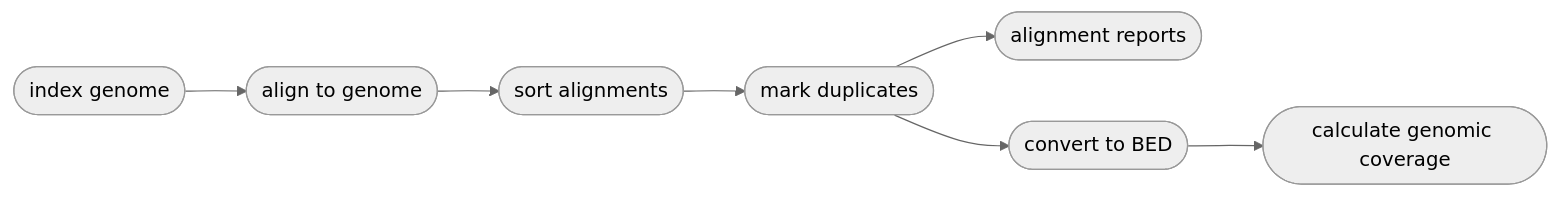
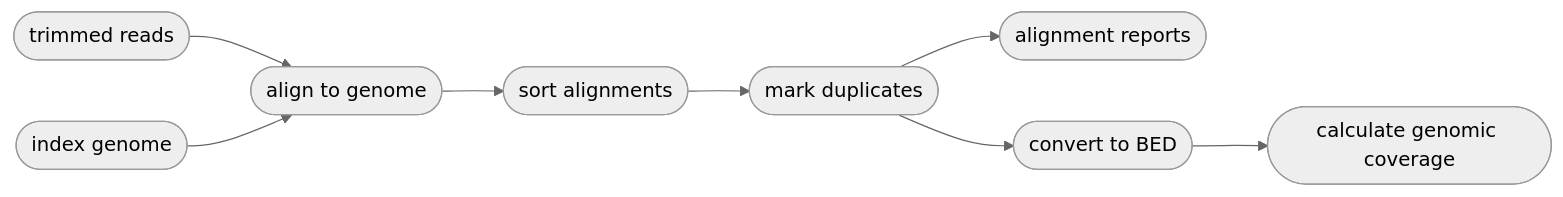
Before and after one commit to pdimens/harpy: the second of 2 diagrams in Modules/readmapping.md, drawn with Mermaid (neutral theme). The commit also changed other lines of this file and 4 other files, not shown here.

````diff
--- a/Modules/readmapping.md
+++ b/Modules/readmapping.md
@@ -86,9 +90,10 @@
 ```mermaid
 graph LR
+    Z([trimmed reads]) --> B
     A([index genome]) --> B([align to genome])
     B-->C([sort alignments])
     C-->D([mark duplicates])
     D-->E([alignment reports])
     D-->F([convert to BED])
     F-->G([calculate genomic coverage])
 ```
````
